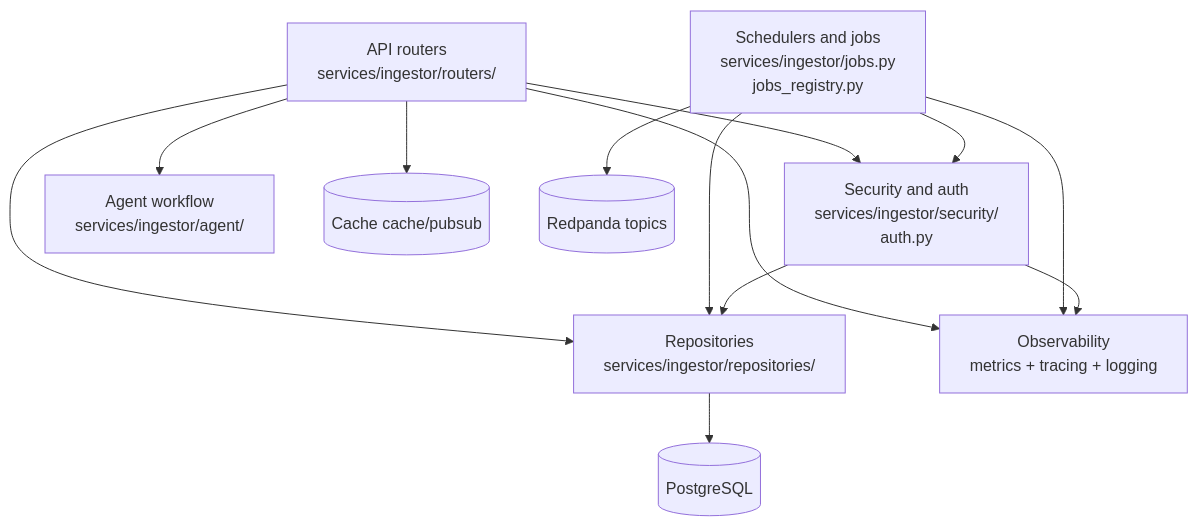
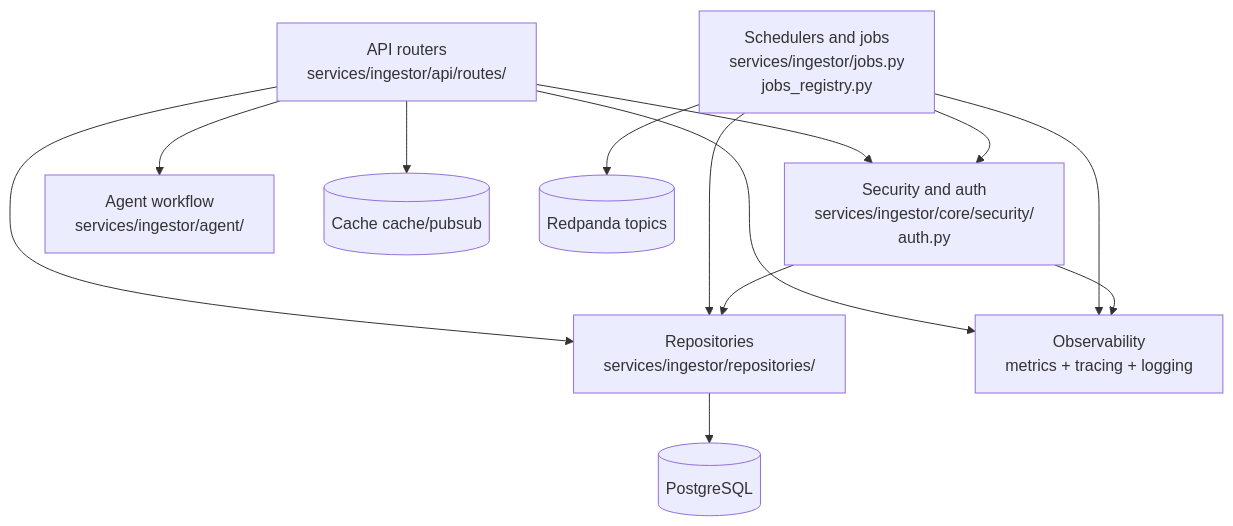
Before and after one commit to ivanprytula/api-observatory: the third of 3 diagrams in docs/_archive/02-architecture/system-design-c4.md, drawn with Mermaid. The commit also changed 40 other files, not shown here.

First line of the commit message:
refactor(ingestor): move routers/ into api/routes/

````diff
--- a/docs/_archive/02-architecture/system-design-c4.md
+++ b/docs/_archive/02-architecture/system-design-c4.md
@@ -78,23 +78,23 @@
 ```mermaid
 flowchart TB
-    Router["API routers\nservices/ingestor/routers/"]
-    Security["Security and auth\nservices/ingestor/security/\nauth.py"]
+    Router["API routers\nservices/ingestor/api/routes/"]
+    Security["Security and auth\nservices/ingestor/core/security/\nauth.py"]
     Jobs["Schedulers and jobs\nservices/ingestor/jobs.py\njobs_registry.py"]
     Repos["Repositories\nservices/ingestor/repositories/"]
     Obs["Observability\nmetrics + tracing + logging"]
     Agent["Agent workflow\nservices/ingestor/agent/"]
 
     Router --> Security
     Router --> Repos
     Router --> Agent
     Jobs --> Repos
     Jobs --> Security
     Security --> Repos
 
     Repos --> DB[("PostgreSQL")]
     Router --> Cache[("Cache cache/pubsub")]
     Jobs --> Bus[("Redpanda topics")]
     Router --> Obs
     Jobs --> Obs
     Security --> Obs
 ```
````
